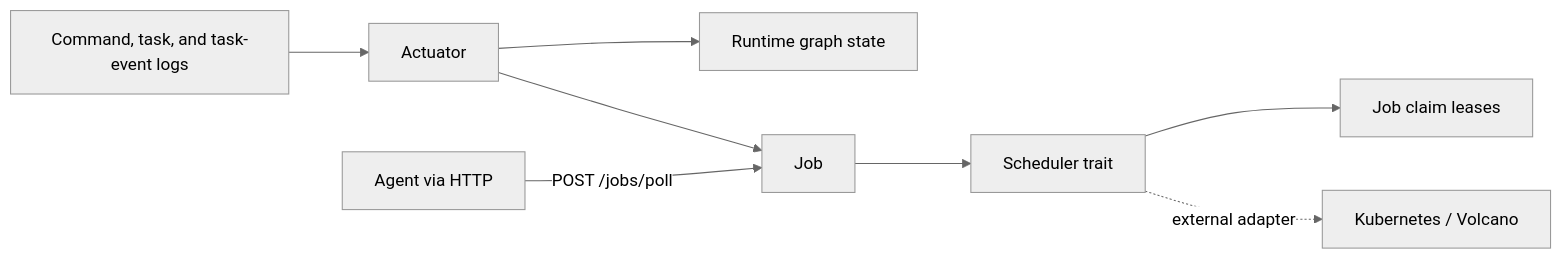
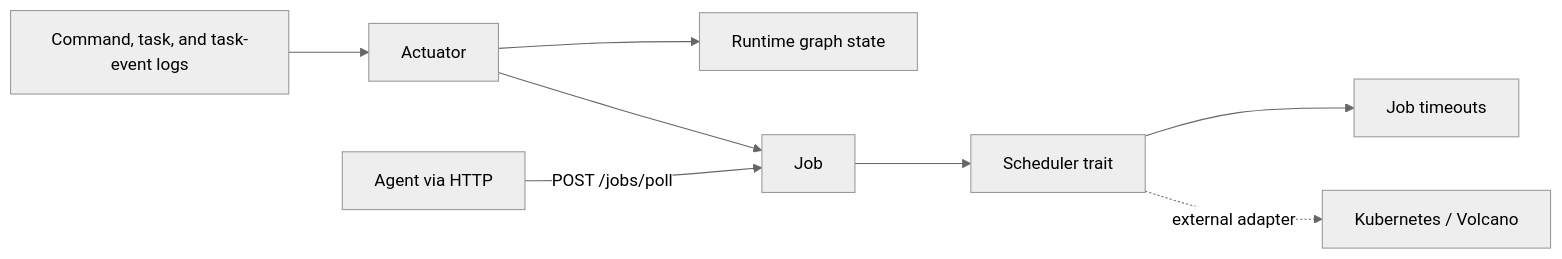
Before and after one commit to cgfork/rayflow: the first of 2 diagrams in README.md, drawn with Mermaid (neutral theme). The commit also changed other lines of this file and 43 other files, not shown here.

````diff
--- a/README.md
+++ b/README.md
@@ -26,10 +24,10 @@
 ```mermaid
 flowchart LR
     logs[Command, task, and task-event logs] --> actuator[Actuator]
     actuator --> state[Runtime graph state]
     actuator --> jobs[Job]
     jobs --> scheduler[Scheduler trait]
     agent[Agent via HTTP] -->|POST /jobs/poll| jobs
-    scheduler --> leases[Job claim leases]
+    scheduler --> timeouts[Job timeouts]
     scheduler -. external adapter .-> external[Kubernetes / Volcano]
 ```
````
